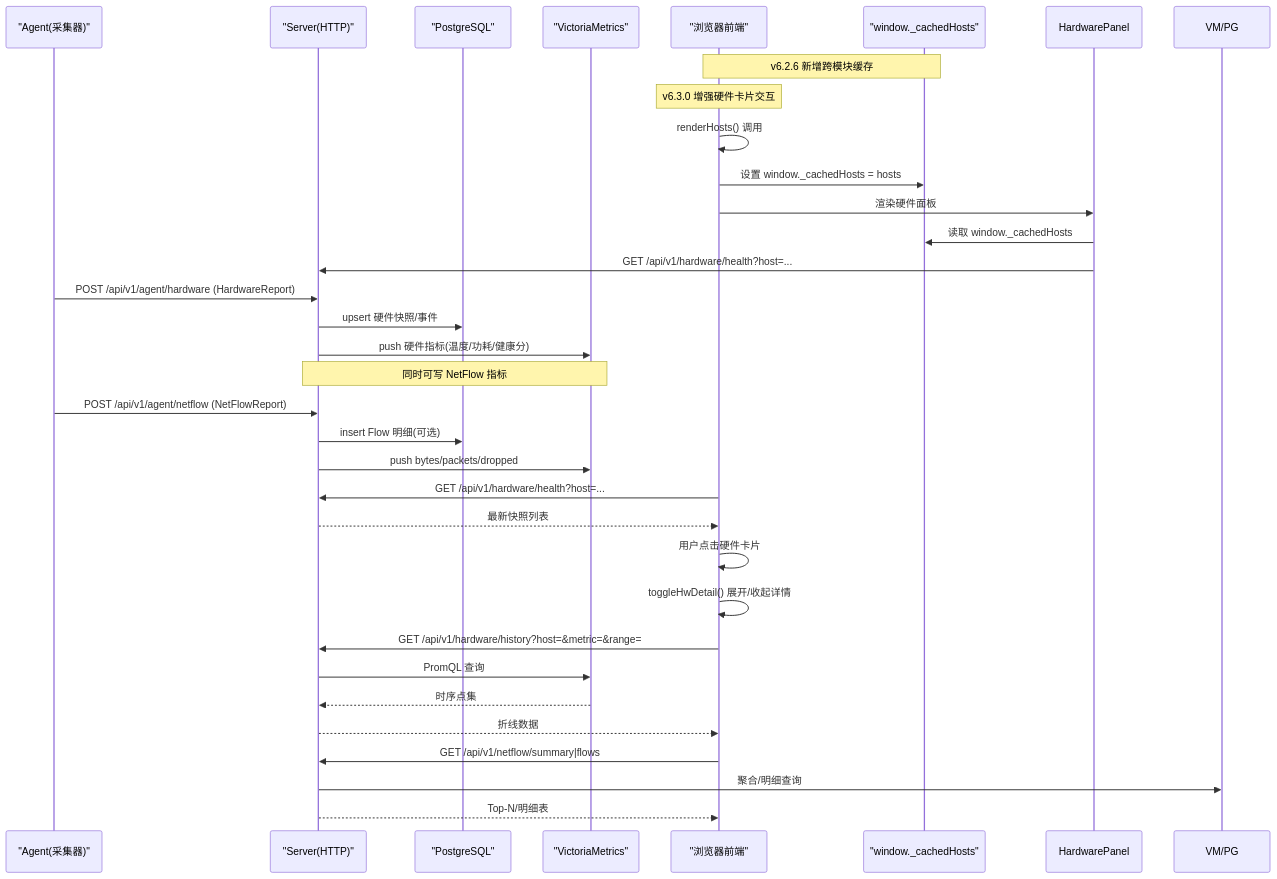
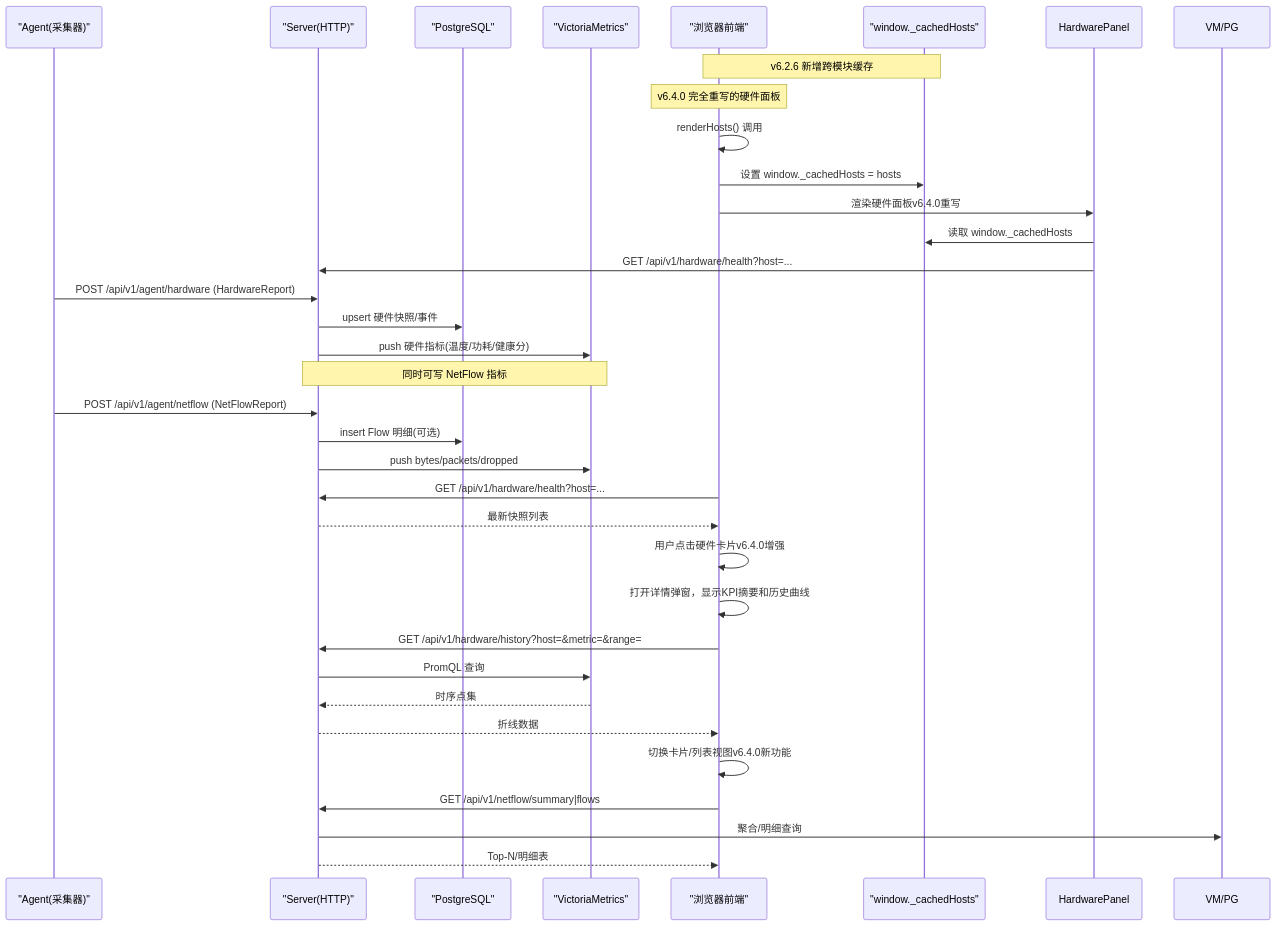
Before and after one commit to sreyun/aiops-monitor: the second of 10 diagrams in .qoder/repowiki/zh/content/核心功能/监控系统/硬件监控仪表板.md, drawn with Mermaid. The commit also changed other lines of this file and 55 other files, not shown here.

````diff
--- a/.qoder/repowiki/zh/content/核心功能/监控系统/硬件监控仪表板.md
+++ b/.qoder/repowiki/zh/content/核心功能/监控系统/硬件监控仪表板.md
@@ -171,34 +178,35 @@
 ```mermaid
 sequenceDiagram
 participant Agent as "Agent(采集器)"
 participant Server as "Server(HTTP)"
 participant PG as "PostgreSQL"
 participant VM as "VictoriaMetrics"
 participant UI as "浏览器前端"
 participant Cache as "window._cachedHosts"
 Note over UI,Cache : v6.2.6 新增跨模块缓存
-Note over UI : v6.3.0 增强硬件卡片交互
+Note over UI : v6.4.0 完全重写的硬件面板
 UI->>UI : renderHosts() 调用
 UI->>Cache : 设置 window._cachedHosts = hosts
-UI->>HardwarePanel : 渲染硬件面板
+UI->>HardwarePanel : 渲染硬件面板v6.4.0重写
 HardwarePanel->>Cache : 读取 window._cachedHosts
 HardwarePanel->>Server : GET /api/v1/hardware/health?host=...
 Agent->>Server : POST /api/v1/agent/hardware (HardwareReport)
 Server->>PG : upsert 硬件快照/事件
 Server->>VM : push 硬件指标(温度/功耗/健康分)
 Note over Server,VM : 同时可写 NetFlow 指标
 Agent->>Server : POST /api/v1/agent/netflow (NetFlowReport)
 Server->>PG : insert Flow 明细(可选)
 Server->>VM : push bytes/packets/dropped
 UI->>Server : GET /api/v1/hardware/health?host=...
 Server-->>UI : 最新快照列表
-UI->>UI : 用户点击硬件卡片
-UI->>UI : toggleHwDetail() 展开/收起详情
+UI->>UI : 用户点击硬件卡片v6.4.0增强
+UI->>UI : 打开详情弹窗，显示KPI摘要和历史曲线
 UI->>Server : GET /api/v1/hardware/history?host=&metric=&range=
 Server->>VM : PromQL 查询
 VM-->>Server : 时序点集
 Server-->>UI : 折线数据
+UI->>UI : 切换卡片/列表视图v6.4.0新功能
 UI->>Server : GET /api/v1/netflow/summary|flows
 Server->>VM/PG : 聚合/明细查询
 Server-->>UI : Top-N/明细表
 ```
````
